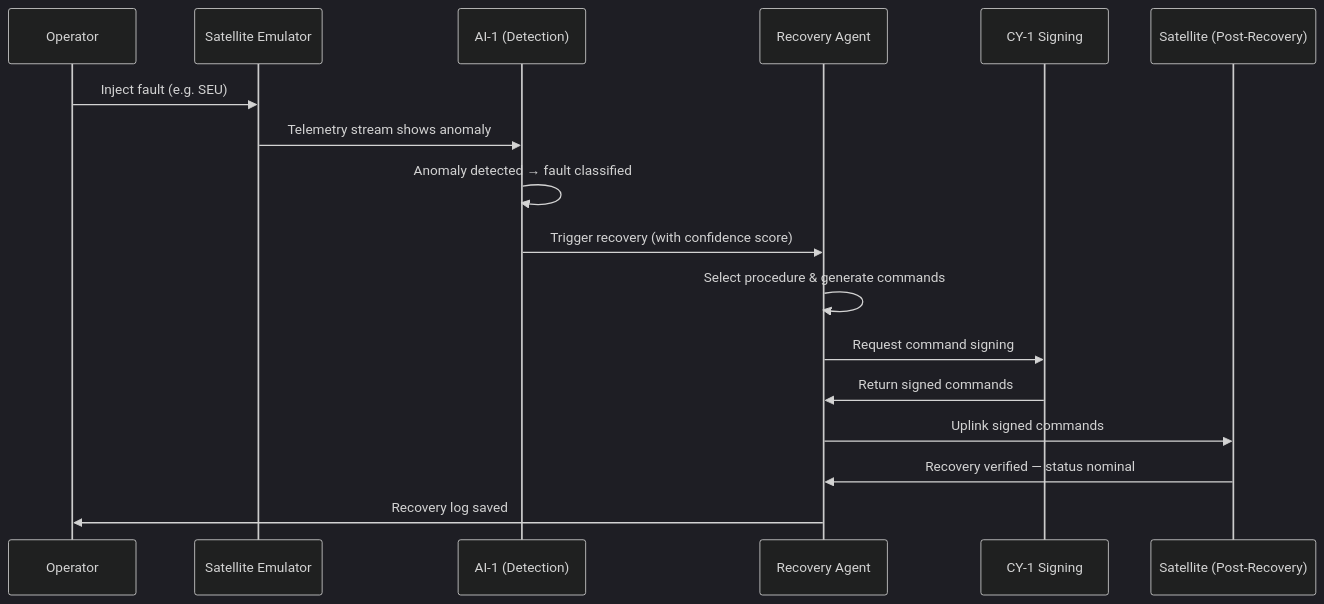
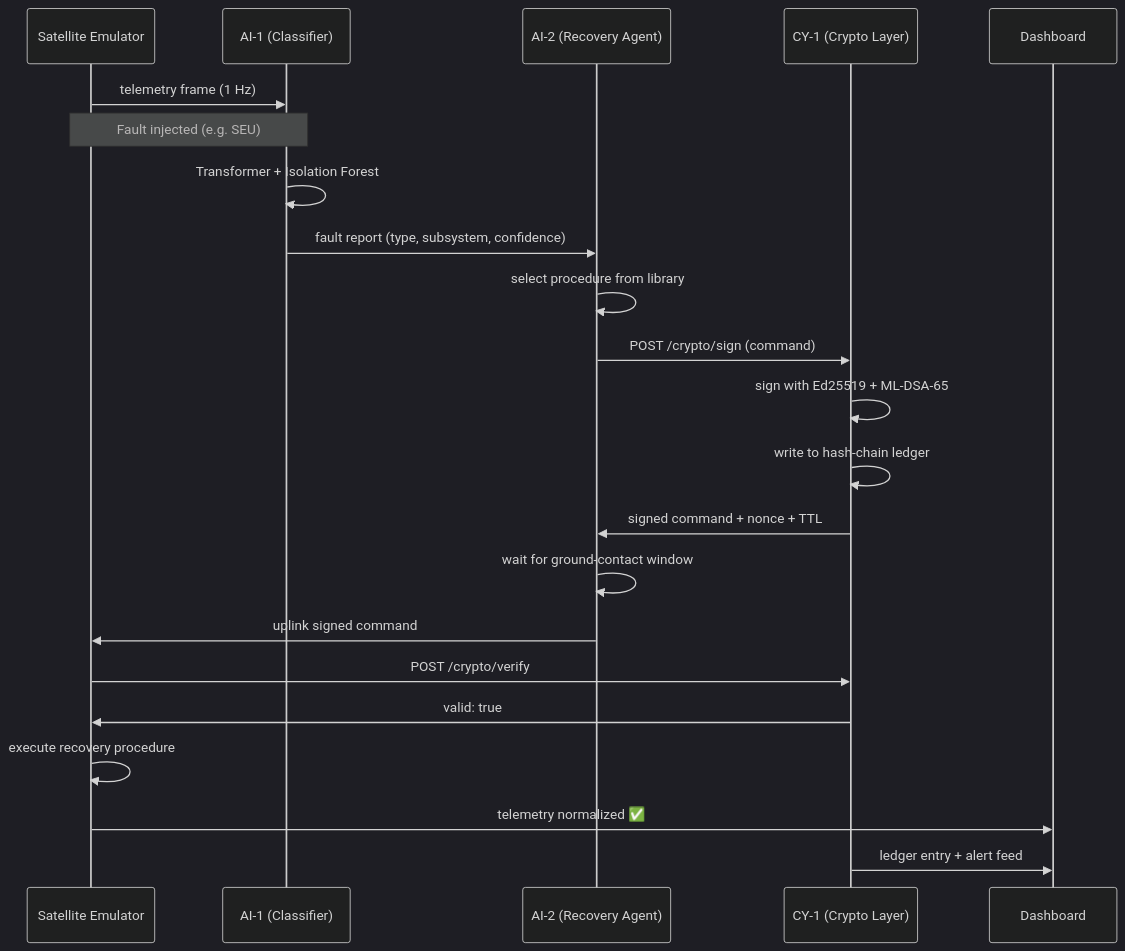
Before and after one commit to DevashyaManojbhaiJethva/DEADSAT-RESURRECTION: the second of 2 diagrams in README.md, drawn with Mermaid (dark theme). The commit also changed other lines of this file, not shown here.

````diff
--- a/README.md
+++ b/README.md
@@ -386,20 +218,25 @@
 ```mermaid
 sequenceDiagram
-    participant Op as Operator
-    participant Sat as Satellite Emulator
-    participant AI1 as AI-1 (Detection)
-    participant Agent as Recovery Agent
-    participant Sign as CY-1 Signing
-    participant Sat2 as Satellite (Post-Recovery)
+    participant EMU as Satellite Emulator
+    participant AI1 as AI-1 (Classifier)
+    participant AI2 as AI-2 (Recovery Agent)
+    participant CY1 as CY-1 (Crypto Layer)
+    participant DASH as Dashboard
 
-    Op->>Sat: Inject fault (e.g. SEU)
-    Sat->>AI1: Telemetry stream shows anomaly
-    AI1->>AI1: Anomaly detected → fault classified
-    AI1->>Agent: Trigger recovery (with confidence score)
-    Agent->>Agent: Select procedure & generate commands
-    Agent->>Sign: Request command signing
-    Sign->>Agent: Return signed commands
-    Agent->>Sat2: Uplink signed commands
-    Sat2->>Agent: Recovery verified — status nominal
-    Agent->>Op: Recovery log saved
+    EMU->>AI1: telemetry frame (1 Hz)
+    Note over EMU,AI1: Fault injected (e.g. SEU)
+    AI1->>AI1: Transformer + Isolation Forest
+    AI1->>AI2: fault report (type, subsystem, confidence)
+    AI2->>AI2: select procedure from library
+    AI2->>CY1: POST /crypto/sign (command)
+    CY1->>CY1: sign with Ed25519 + ML-DSA-65
+    CY1->>CY1: write to hash-chain ledger
+    CY1->>AI2: signed command + nonce + TTL
+    AI2->>AI2: wait for ground-contact window
+    AI2->>EMU: uplink signed command
+    EMU->>CY1: POST /crypto/verify
+    CY1->>EMU: valid: true
+    EMU->>EMU: execute recovery procedure
+    EMU->>DASH: telemetry normalized ✅
+    CY1->>DASH: ledger entry + alert feed
 ```
````
